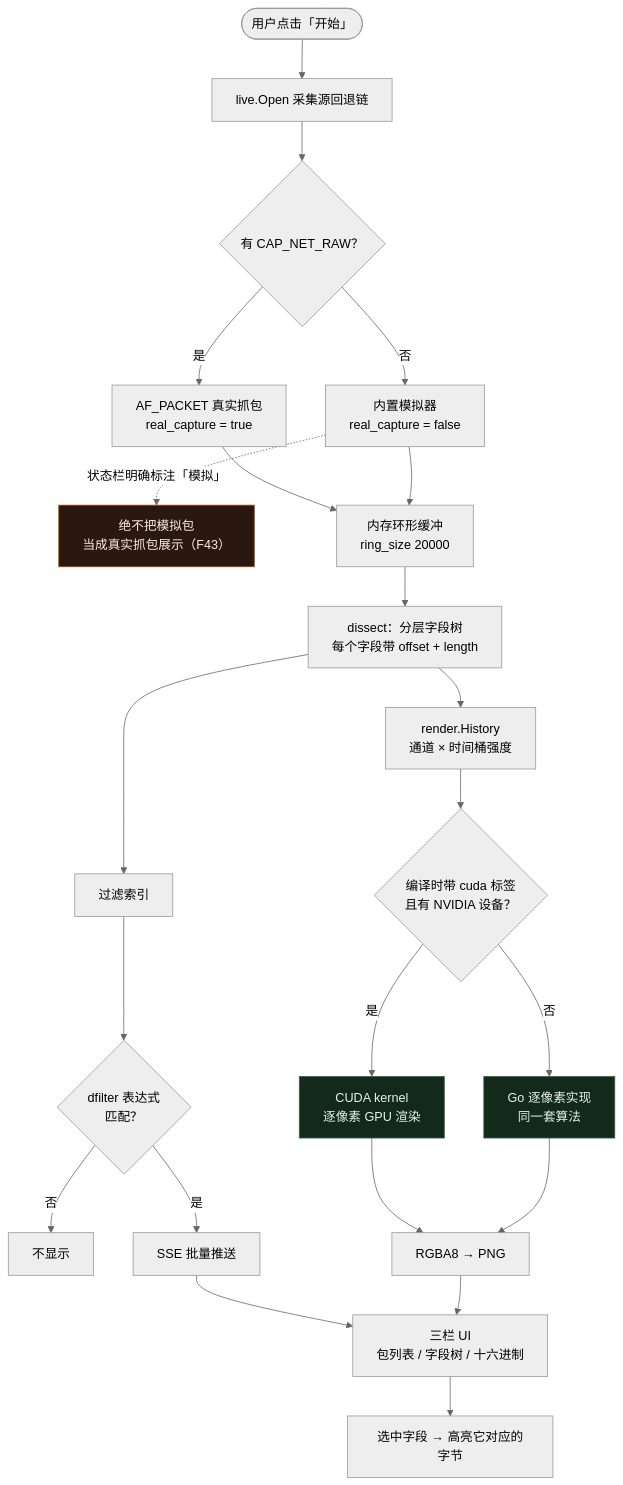
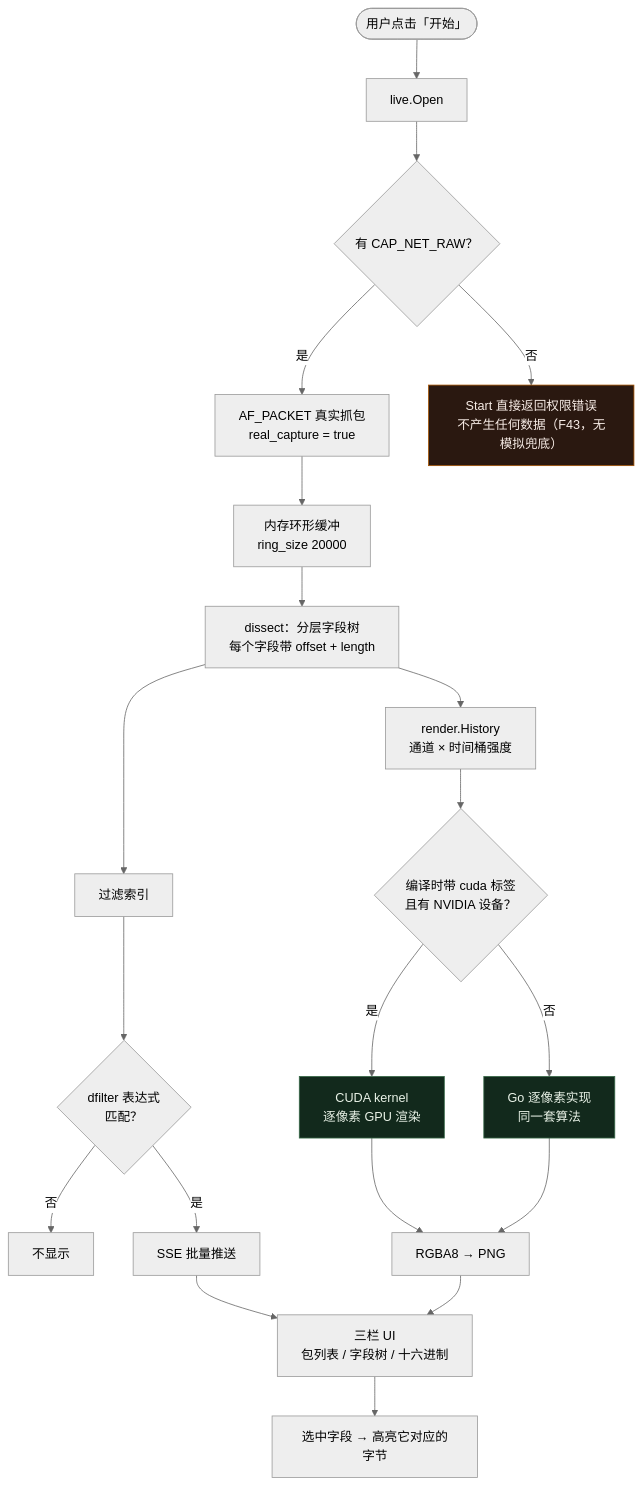
The fourth of 10 diagrams in ARCHITECTURE.md (cn0xroot/BeeEye), drawn with Mermaid (neutral theme) before and after one commit. The commit also changed other lines of this file and 38 other files, not shown here.

````diff
--- a/ARCHITECTURE.md
+++ b/ARCHITECTURE.md
@@ -195,35 +195,33 @@
 ```mermaid
 flowchart TB
-    START(["用户点击「开始」"]) --> OPEN["live.Open 采集源回退链"]
+    START(["用户点击「开始」"]) --> OPEN["live.Open"]
 
     OPEN --> CHECK{"有 CAP_NET_RAW？"}
     CHECK -->|是| AFP["AF_PACKET 真实抓包<br/>real_capture = true"]
-    CHECK -->|否| SIM["内置模拟器<br/>real_capture = false"]
+    CHECK -->|否| FAIL["Start 直接返回权限错误<br/>不产生任何数据（F43，无模拟兜底）"]
 
-    SIM -.->|"状态栏明确标注「模拟」"| HONEST["绝不把模拟包<br/>当成真实抓包展示（F43）"]
+    style FAIL fill:#2a1810,color:#f7ece6,stroke:#a55200
 
     AFP --> RING["内存环形缓冲<br/>ring_size 20000"]
-    SIM --> RING
 
     RING --> DISSECT["dissect：分层字段树<br/>每个字段带 offset + length"]
     DISSECT --> INDEX["过滤索引"]
     INDEX --> FILTER{"dfilter 表达式<br/>匹配？"}
     FILTER -->|否| DROP["不显示"]
     FILTER -->|是| PUSH["SSE 批量推送"]
 
     DISSECT --> HIST["render.History<br/>通道 × 时间桶强度"]
     HIST --> BACKEND{"编译时带 cuda 标签<br/>且有 NVIDIA 设备？"}
     BACKEND -->|是| CUDA["CUDA kernel<br/>逐像素 GPU 渲染"]
     BACKEND -->|否| CPU["Go 逐像素实现<br/>同一套算法"]
     CUDA --> PNG["RGBA8 → PNG"]
     CPU --> PNG
 
     PUSH --> UI["三栏 UI<br/>包列表 / 字段树 / 十六进制"]
     PNG --> UI
 
     UI --> SEL["选中字段 → 高亮它对应的字节"]
 
     style CUDA fill:#12291c,color:#e9f2e7,stroke:#386a48
     style CPU fill:#12291c,color:#e9f2e7,stroke:#386a48
-    style HONEST fill:#2a1810,color:#f7ece6,stroke:#a55200
 ```
````
